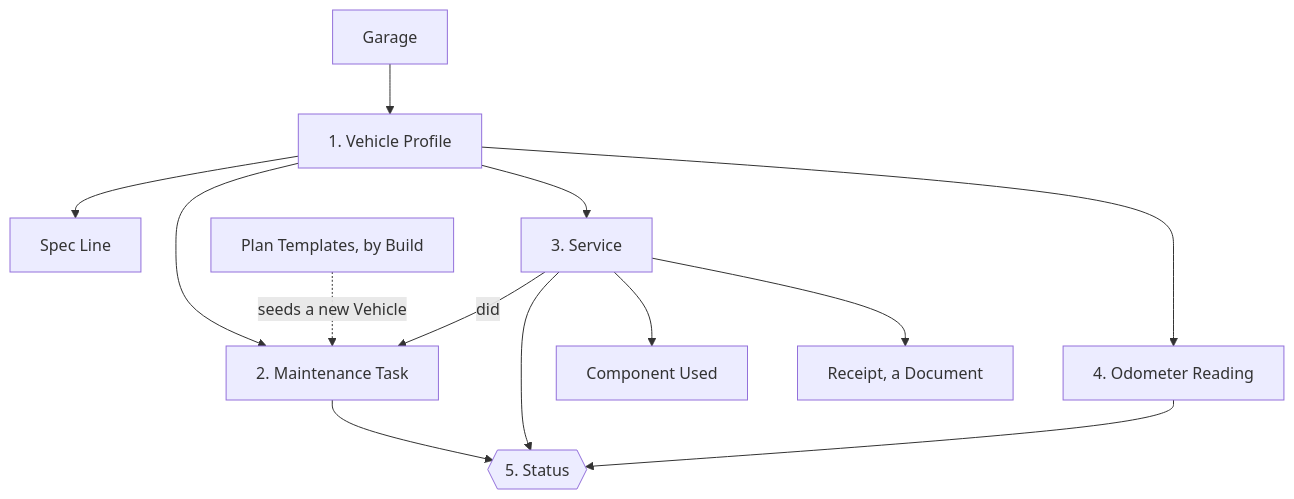
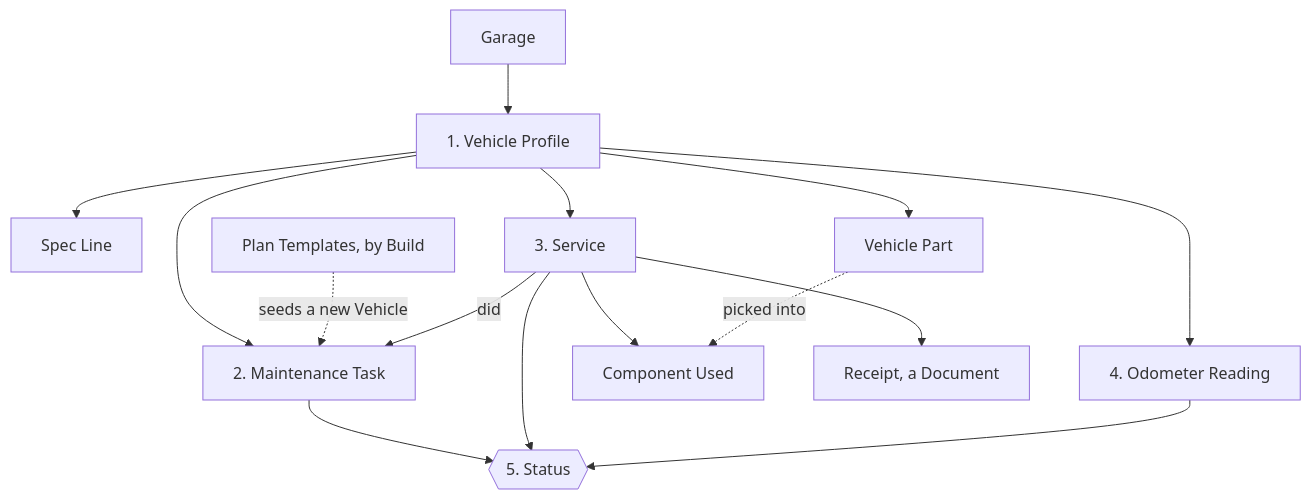
Before and after one commit to tmy-code/tmy_garage: the first of 3 diagrams in docs/data-model.md, drawn with Mermaid. The commit also changed other lines of this file and 18 other files, not shown here.

Commit message:
Add a parts list per vehicle, picked when logging a service, with prices

````diff
--- a/docs/data-model.md
+++ b/docs/data-model.md
@@ -17,17 +17,19 @@
 ```mermaid
 flowchart TD
   Garage --> Vehicle[1. Vehicle Profile]
   Vehicle --> Spec[Spec Line]
   Vehicle --> Task[2. Maintenance Task]
   Vehicle --> Service[3. Service]
   Vehicle --> Reading[4. Odometer Reading]
 
   Template[Plan Templates, by Build] -. seeds a new Vehicle .-> Task
   Service -- did --> Task
   Service --> Item[Component Used]
+  Vehicle --> Part[Vehicle Part]
+  Part -. picked into .-> Item
   Service --> Receipt[Receipt, a Document]
 
   Task --> Status{{5. Status}}
   Service --> Status
   Reading --> Status
 ```
````
